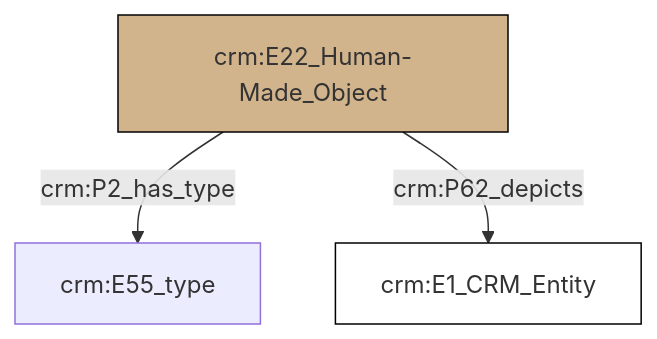
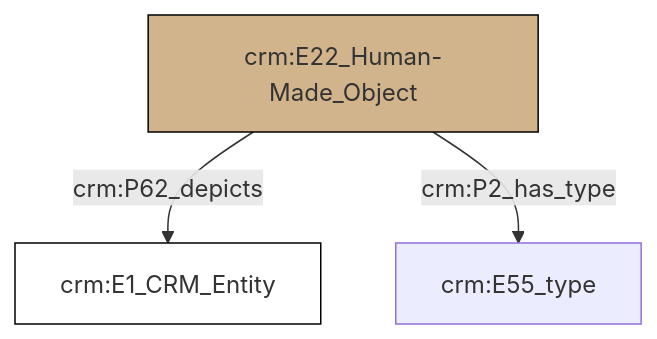
Before and after one commit to swiss-art-research-net/docs.swissartresearch: the diagram in et/artworkCSV/ttl/mmd/Artwork_subject.ttl.mmd, drawn with Mermaid. The commit also changed 175 other files, not shown here.

```diff
--- a/et/artworkCSV/ttl/mmd/Artwork_subject.ttl.mmd
+++ b/et/artworkCSV/ttl/mmd/Artwork_subject.ttl.mmd
@@ -1,17 +1,17 @@
 graph TD
 classDef Literal fill:#f2f2f2,stroke:#000000;
 classDef CRM_Entity fill:#FFFFFF,stroke:#000000;
 classDef Temporal_Entity fill:#00C9E6, stroke:#000000;
 classDef Type fill:#E18312, stroke:#000000;
 classDef Time-Span fill:#2C9C91, stroke:#000000;
 classDef Appellation fill:#FFEB7F, stroke:#000000;
 classDef Place fill:#008836, stroke:#000000;
 classDef Persistent_Item fill:#B266B2, stroke:#000000;
 classDef Conceptual_Object fill:#FFD700, stroke:#000000;
 classDef Physical_Thing fill:#D2B48C, stroke:#000000;
 classDef Actor fill:#f58aad, stroke:#000000;
 classDef PC_Classes fill:#4ce600, stroke:#000000;
 classDef Multi fill:#cccccc,stroke:#000000;
 
-2["crm:E22_Human-Made_Object"]:::Physical_Thing -->|crm:P2_has_type| 3["crm:E55_type"]:::Default
-2["crm:E22_Human-Made_Object"]:::Physical_Thing -->|crm:P62_depicts| 0["crm:E1_CRM_Entity"]:::CRM_Entity
+0["crm:E22_Human-Made_Object"]:::Physical_Thing -->|crm:P62_depicts| 2["crm:E1_CRM_Entity"]:::CRM_Entity
+0["crm:E22_Human-Made_Object"]:::Physical_Thing -->|crm:P2_has_type| 3["crm:E55_type"]:::Default
```
